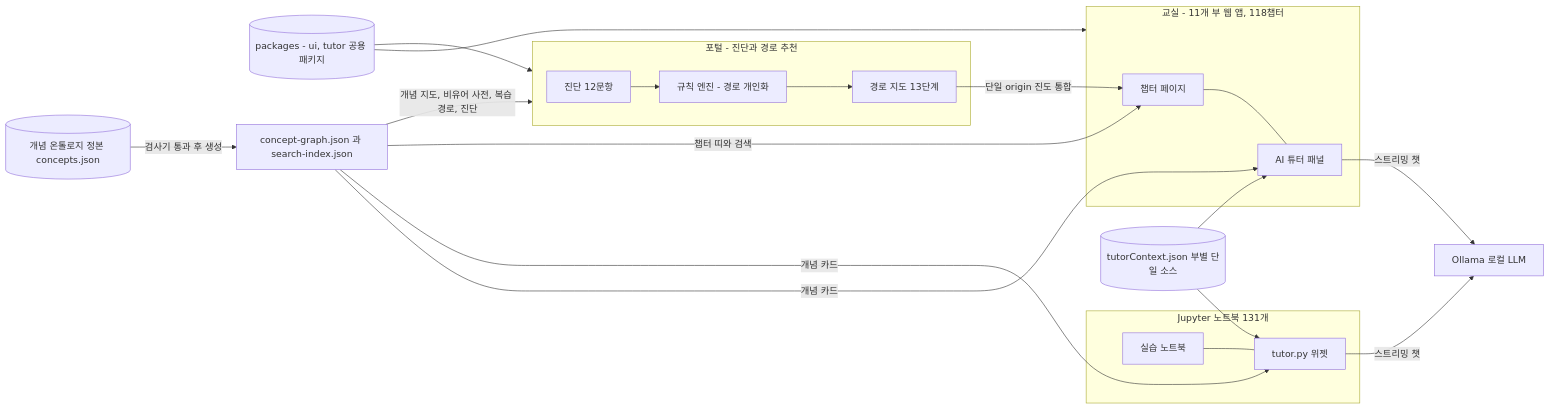
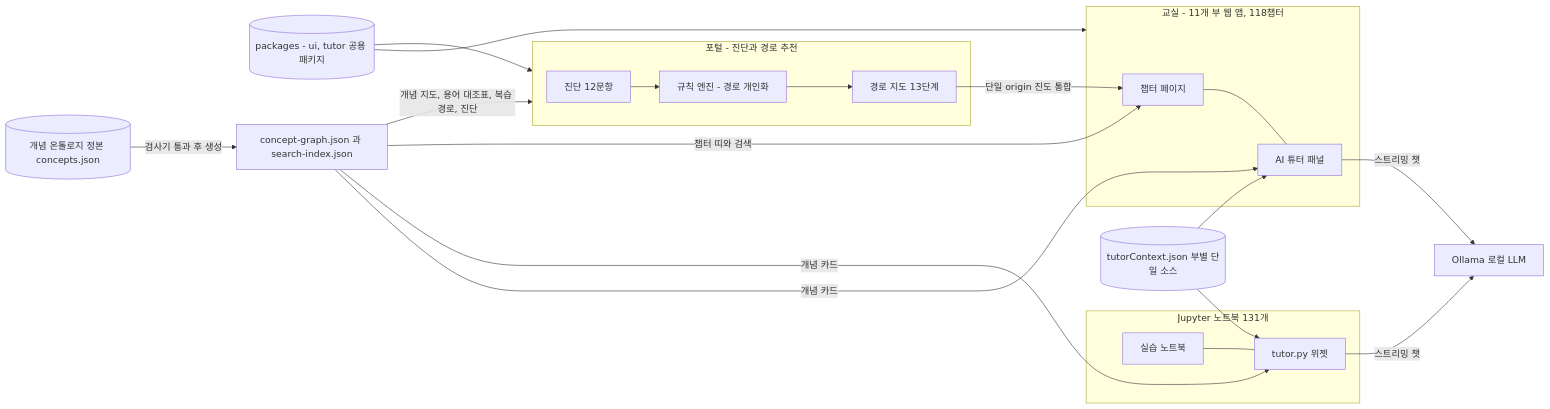
Before and after one commit to jiyupapa/math-platform: the diagram in docs/hackathon/10_spec.md, drawn with Mermaid. The commit also changed other lines of this file and 39 other files, not shown here.

````diff
--- a/docs/hackathon/10_spec.md
+++ b/docs/hackathon/10_spec.md
@@ -93,25 +93,25 @@
 ```mermaid
 flowchart LR
     subgraph PORTAL[포털 - 진단과 경로 추천]
         DG[진단 12문항] --> RE[규칙 엔진 - 경로 개인화]
         RE --> MAP[경로 지도 13단계]
     end
     subgraph PARTS[교실 - 11개 부 웹 앱, 118챕터]
         CH[챕터 페이지] --- TC[AI 튜터 패널]
     end
     subgraph NB[Jupyter 노트북 131개]
         IPY[실습 노트북] --- TP[tutor.py 위젯]
     end
     UI[(packages - ui, tutor 공용 패키지)] --> PARTS
     UI --> PORTAL
     MAP -->|단일 origin 진도 통합| CH
     CTX[(tutorContext.json 부별 단일 소스)] --> TC
     CTX --> TP
     ONT[(개념 온톨로지 정본 concepts.json)] -->|검사기 통과 후 생성| GR[concept-graph.json 과 search-index.json]
     GR -->|개념 카드| TC
     GR -->|개념 카드| TP
     GR -->|챕터 띠와 검색| CH
-    GR -->|개념 지도, 비유어 사전, 복습 경로, 진단| PORTAL
+    GR -->|개념 지도, 용어 대조표, 복습 경로, 진단| PORTAL
     TC -->|스트리밍 챗| OL[Ollama 로컬 LLM]
     TP -->|스트리밍 챗| OL
 ```
````
